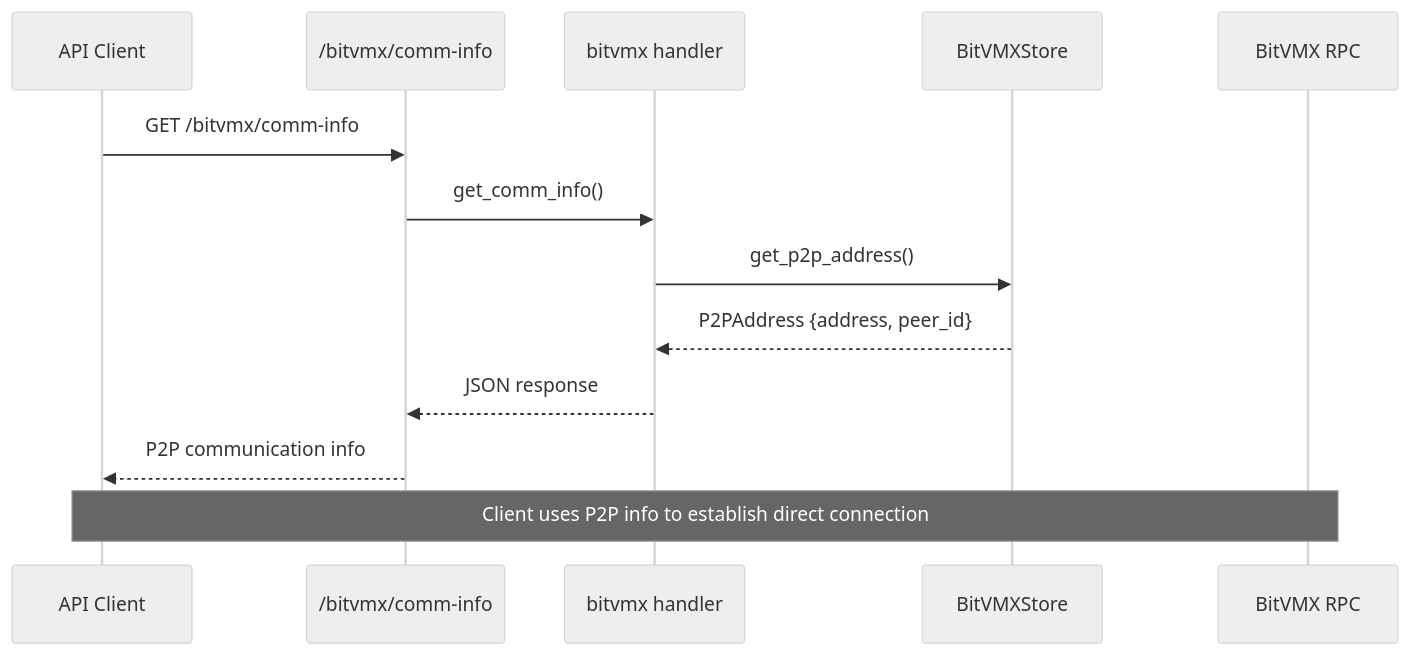
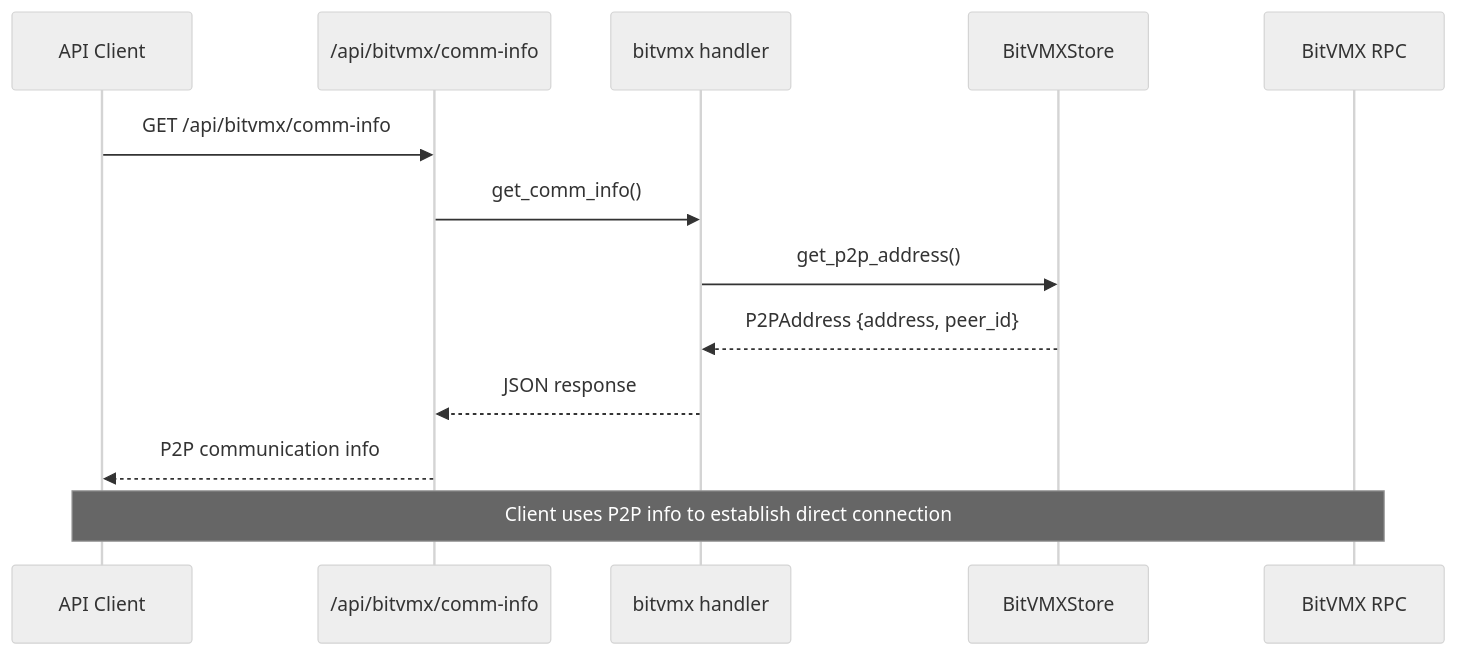
One commit to FairgateLabs/bitvmx-hackathon-games changed the second of 4 diagrams in backend/README.md. Above: the diagram before and after it, drawn with Mermaid (neutral theme). The commit also changed other lines of this file and 22 other files, not shown here.

````diff
--- a/backend/README.md
+++ b/backend/README.md
@@ -40,17 +47,17 @@
 ```mermaid
 sequenceDiagram
     participant Client as API Client
-    participant API as /bitvmx/comm-info
+    participant API as /api/bitvmx/comm-info
     participant Handler as bitvmx handler
     participant Store as BitVMXStore
     participant BitVMX as BitVMX RPC
 
-    Client->>API: GET /bitvmx/comm-info
+    Client->>API: GET /api/bitvmx/comm-info
     API->>Handler: get_comm_info()
     Handler->>Store: get_p2p_address()
     Store-->>Handler: P2PAddress {address, peer_id}
     Handler-->>API: JSON response
     API-->>Client: P2P communication info
 
     Note over Client,BitVMX: Client uses P2P info to establish direct connection
 ```
````
